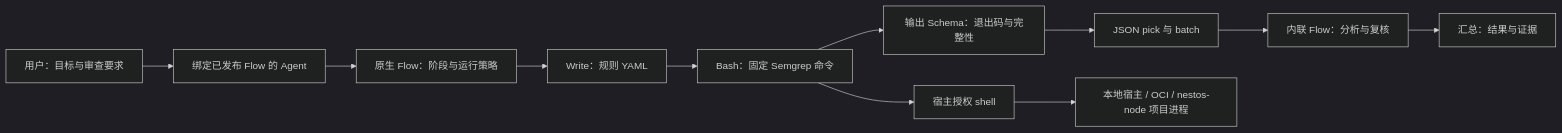
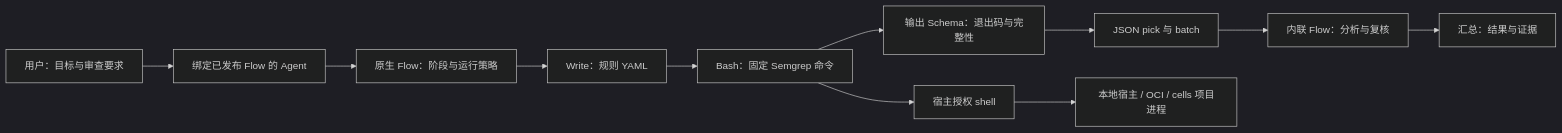
One commit to mushuanli/NestOS changed the diagram in doc/design/raptor-harness-integration.md. Above: the diagram before and after it, drawn with Mermaid (dark theme). The commit also changed other lines of this file and 173 other files, not shown here.

Commit message:
refactor(cells)!: migrate node and driver identities across NestOS

````diff
--- a/doc/design/raptor-harness-integration.md
+++ b/doc/design/raptor-harness-integration.md
@@ -70,13 +70,13 @@
 ```mermaid
 flowchart LR
     U[用户：目标与审查要求] --> A[绑定已发布 Flow 的 Agent]
     A --> F[原生 Flow：阶段与运行策略]
     F --> W[Write：规则 YAML]
     W --> S[Bash：固定 Semgrep 命令]
     S --> G[输出 Schema：退出码与完整性]
     G --> B[JSON pick 与 batch]
     B --> M[内联 Flow：分析与复核]
     M --> O[汇总：结果与证据]
     S --> E[宿主授权 shell]
-    E --> L[本地宿主 / OCI / nestos-node 项目进程]
+    E --> L[本地宿主 / OCI / cells 项目进程]
 ```
````
